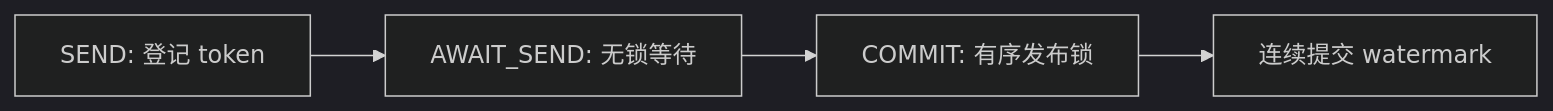
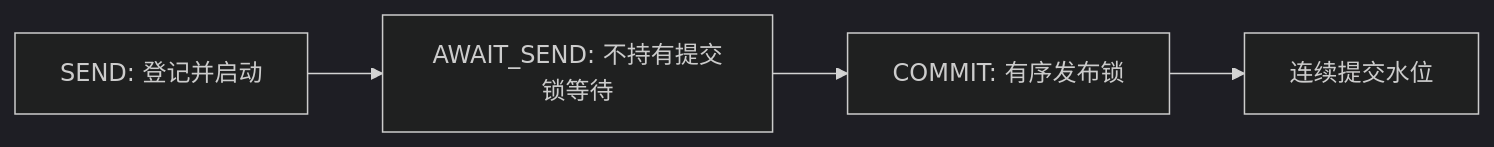
One commit to diaosj/fluxway changed the diagram in docs/dataplane_runtime_zh.md. Above: the diagram before and after it, drawn with Mermaid (dark theme). The commit also changed other lines of this file and 31 other files, not shown here.

Commit message:
[Docs] Add comprehensive architecture, placement, coherence, and transfer planning documentation.

````diff
--- a/docs/dataplane_runtime_zh.md
+++ b/docs/dataplane_runtime_zh.md
@@ -118,6 +240,6 @@
 ```mermaid
 flowchart LR
-  S[SEND: 登记 token] --> W[AWAIT_SEND: 无锁等待]
+  S[SEND: 登记并启动] --> W[AWAIT_SEND: 不持有提交锁等待]
   W --> C[COMMIT: 有序发布锁]
-  C --> M[连续提交 watermark]
+  C --> M[连续提交水位]
 ```
````
